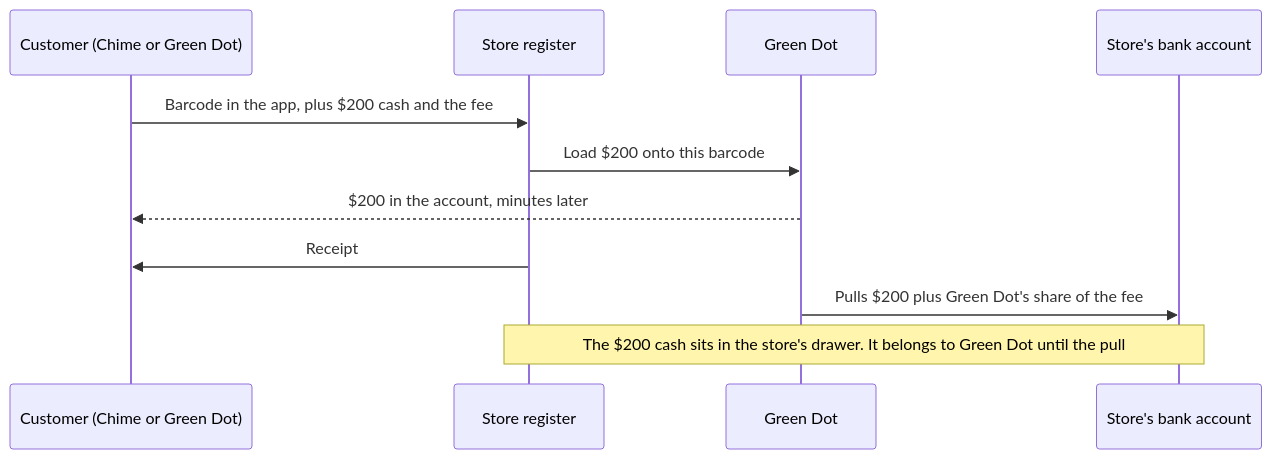
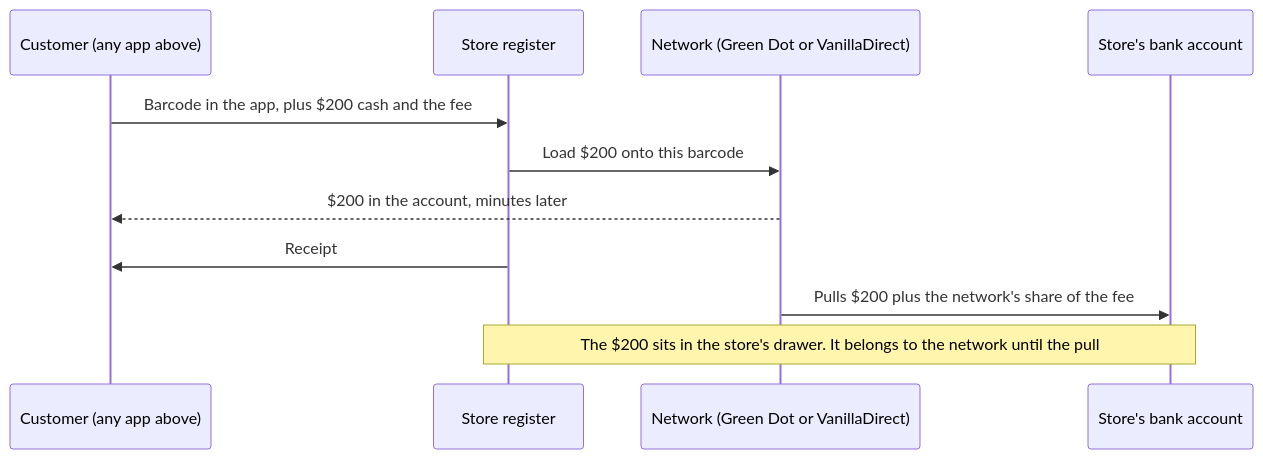
The fifth of 8 diagrams in monetization/cash-services/README.md (wbp318/goin-postal-forsythe), drawn with Mermaid before and after one commit. The commit also changed other lines of this file and 4 other files, not shown here.

First line of the commit message:
Cash services plan: deposits for every online bank and app, and cash to crypto as a licensed company's agent; version 1.87.2

````diff
--- a/monetization/cash-services/README.md
+++ b/monetization/cash-services/README.md
@@ -125,13 +160,13 @@
 ```mermaid
 sequenceDiagram
-  participant C as Customer (Chime or Green Dot)
+  participant C as Customer (any app above)
   participant R as Store register
-  participant G as Green Dot
+  participant N as Network (Green Dot or VanillaDirect)
   participant S as Store's bank account
   C->>R: Barcode in the app, plus $200 cash and the fee
-  R->>G: Load $200 onto this barcode
-  G-->>C: $200 in the account, minutes later
+  R->>N: Load $200 onto this barcode
+  N-->>C: $200 in the account, minutes later
   R->>C: Receipt
-  G->>S: Pulls $200 plus Green Dot's share of the fee
-  Note over R,S: The $200 cash sits in the store's drawer. It belongs to Green Dot until the pull
+  N->>S: Pulls $200 plus the network's share of the fee
+  Note over R,S: The $200 sits in the store's drawer. It belongs to the network until the pull
 ```
````
